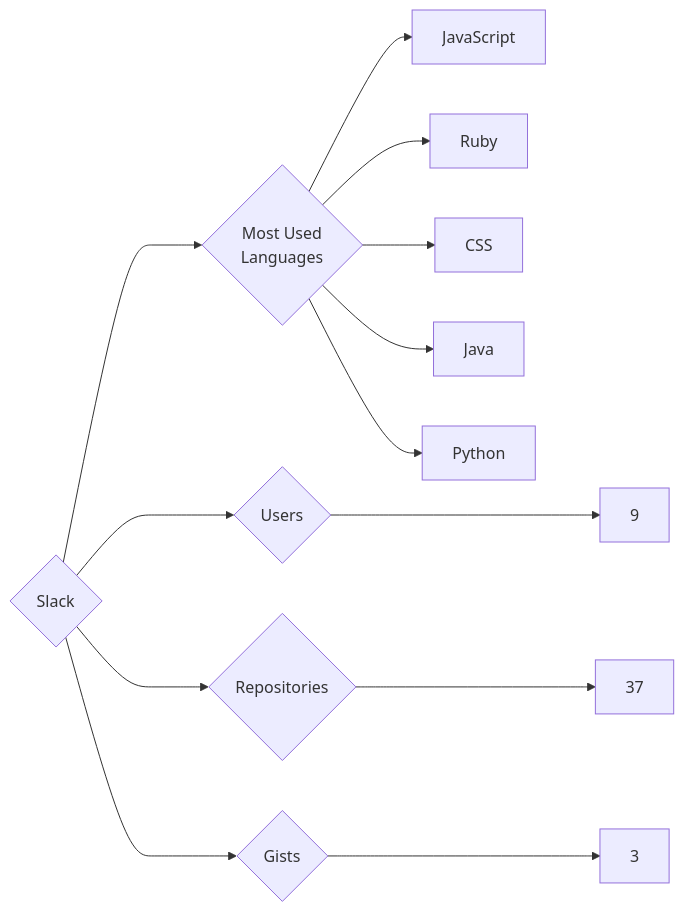
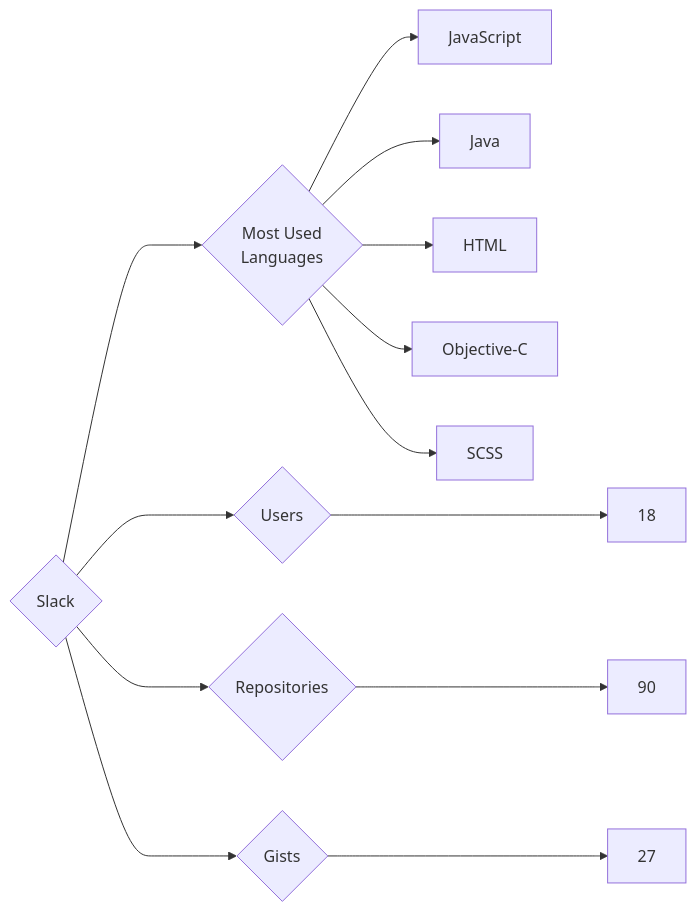
One commit to trickest/insiders changed the diagram in targets/Slack/README.md. Above: the diagram before and after it, drawn with Mermaid. The commit also changed 835 other files, not shown here.

````diff
--- a/targets/Slack/README.md
+++ b/targets/Slack/README.md
@@ -3,13 +3,13 @@
 ```mermaid
 graph LR
 COMPANY_NAME{Slack}
-COMPANY_NAME ---> U{Users} ---> UN[9]
-COMPANY_NAME ---> R{Repositories} ---> RN[37]
-COMPANY_NAME ---> G{Gists} ---> GN[3]
+COMPANY_NAME ---> U{Users} ---> UN[18]
+COMPANY_NAME ---> R{Repositories} ---> RN[90]
+COMPANY_NAME ---> G{Gists} ---> GN[27]
 COMPANY_NAME ---> ML{Most Used<br>Languages}
 ML --> JavaScript[JavaScript]
-ML --> Ruby[Ruby]
-ML --> CSS[CSS]
 ML --> Java[Java]
-ML --> Python[Python]
+ML --> HTML[HTML]
+ML --> Objective-C[Objective-C]
+ML --> SCSS[SCSS]
 ```
````
